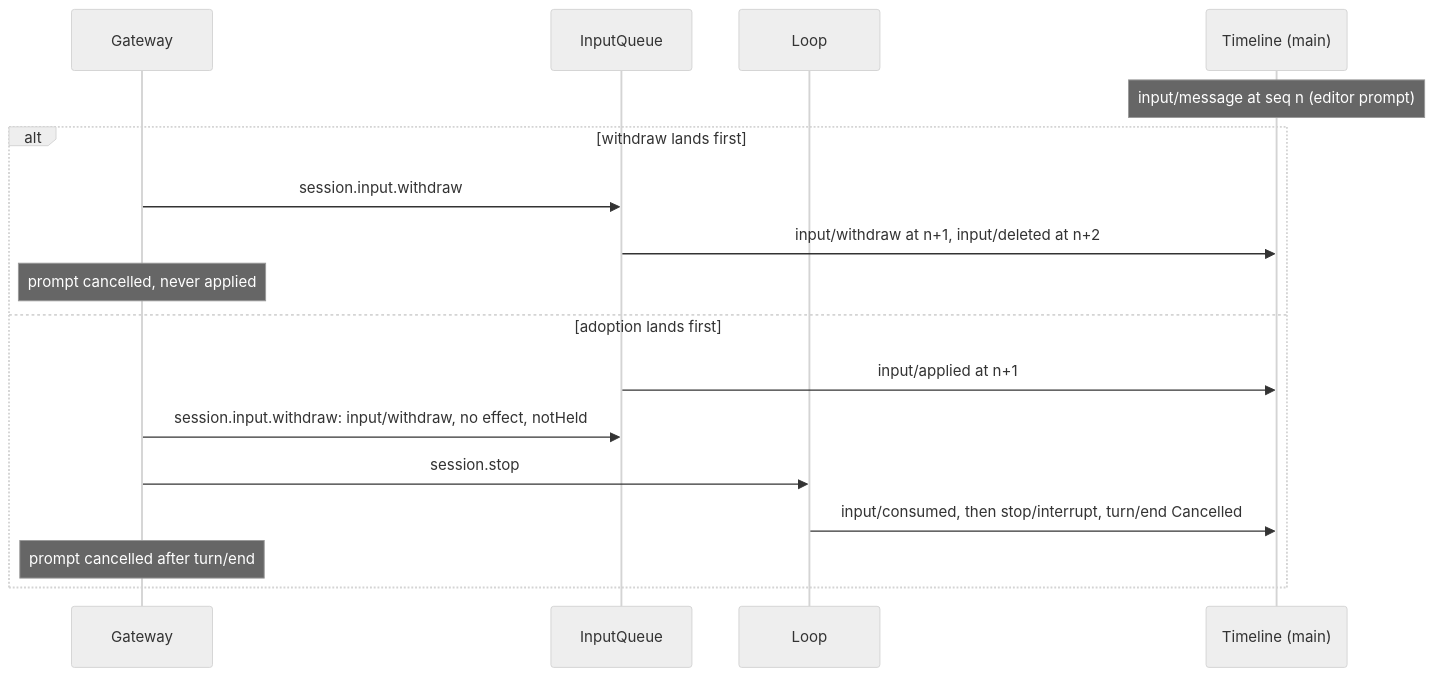
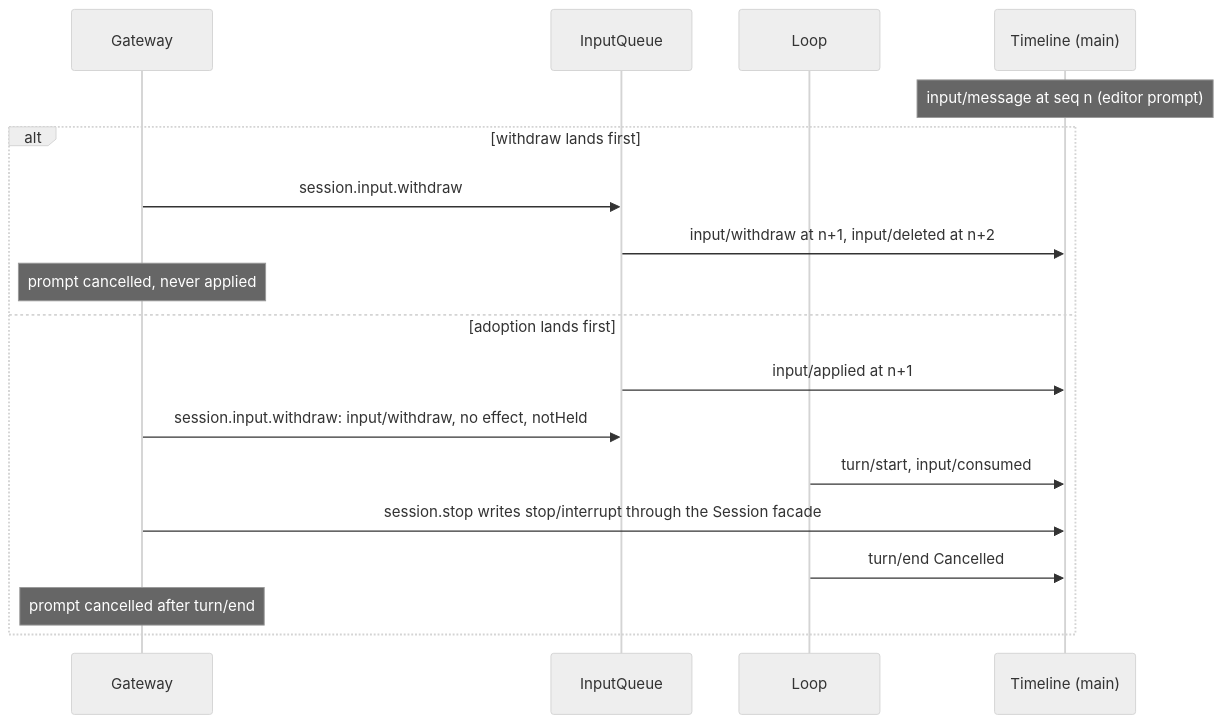
Before and after one commit to CoutinhoTTS/dim-agent: the fifth of 5 diagrams in docs/design/plugins/AcpGateway.md, drawn with Mermaid (neutral theme). The commit also changed other lines of this file and 40 other files, not shown here.

````diff
--- a/docs/design/plugins/AcpGateway.md
+++ b/docs/design/plugins/AcpGateway.md
@@ -125,19 +128,20 @@
 ```mermaid
 sequenceDiagram
   participant G as Gateway
   participant IQ as InputQueue
   participant L as Loop
   participant TL as Timeline (main)
   Note over TL: input/message at seq n (editor prompt)
   alt withdraw lands first
     G->>IQ: session.input.withdraw
     IQ->>TL: input/withdraw at n+1, input/deleted at n+2
     Note over G: prompt cancelled, never applied
   else adoption lands first
     IQ->>TL: input/applied at n+1
     G->>IQ: session.input.withdraw: input/withdraw, no effect, notHeld
-    G->>L: session.stop
-    L->>TL: input/consumed, then stop/interrupt, turn/end Cancelled
+    L->>TL: turn/start, input/consumed
+    G->>TL: session.stop writes stop/interrupt through the Session facade
+    L->>TL: turn/end Cancelled
     Note over G: prompt cancelled after turn/end
   end
 ```
````
